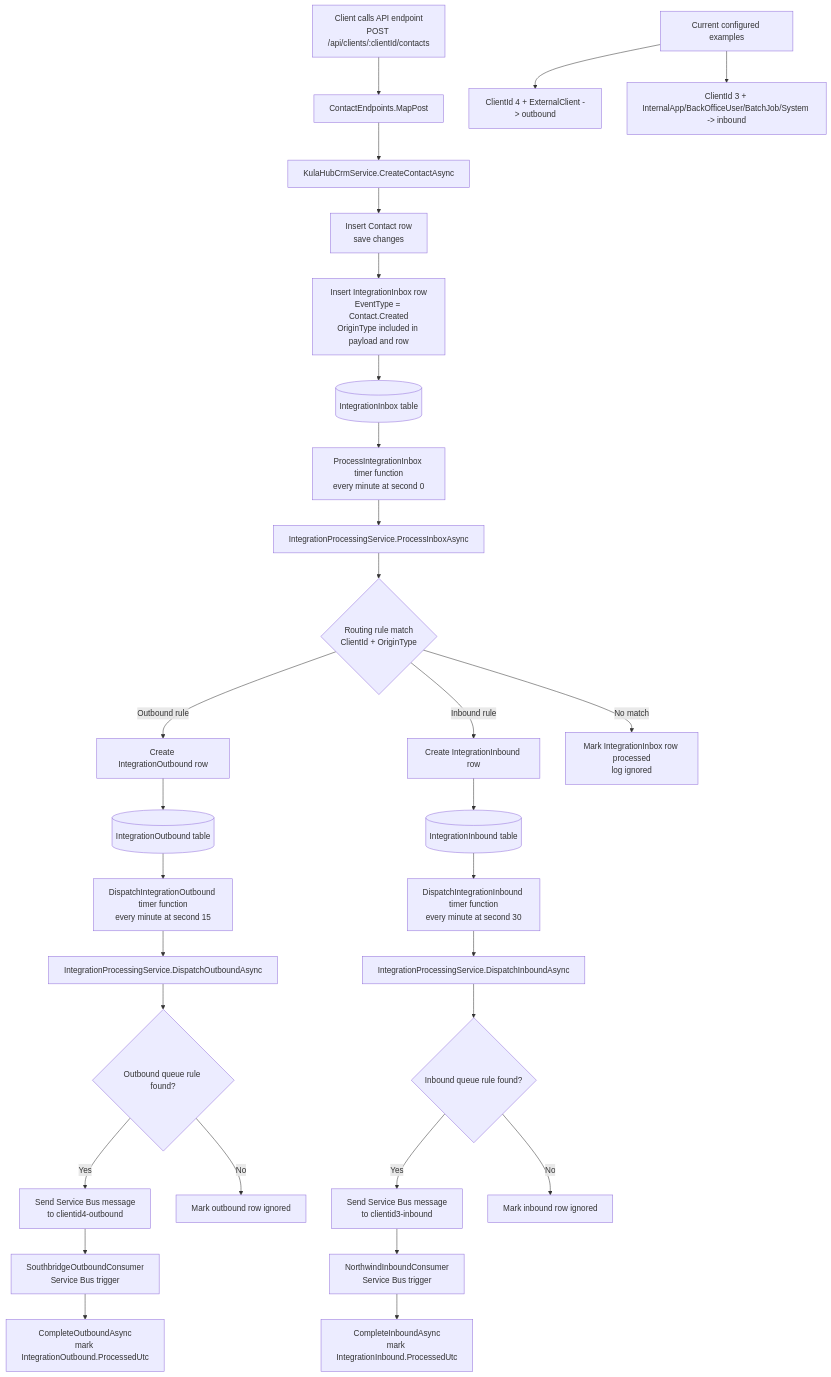
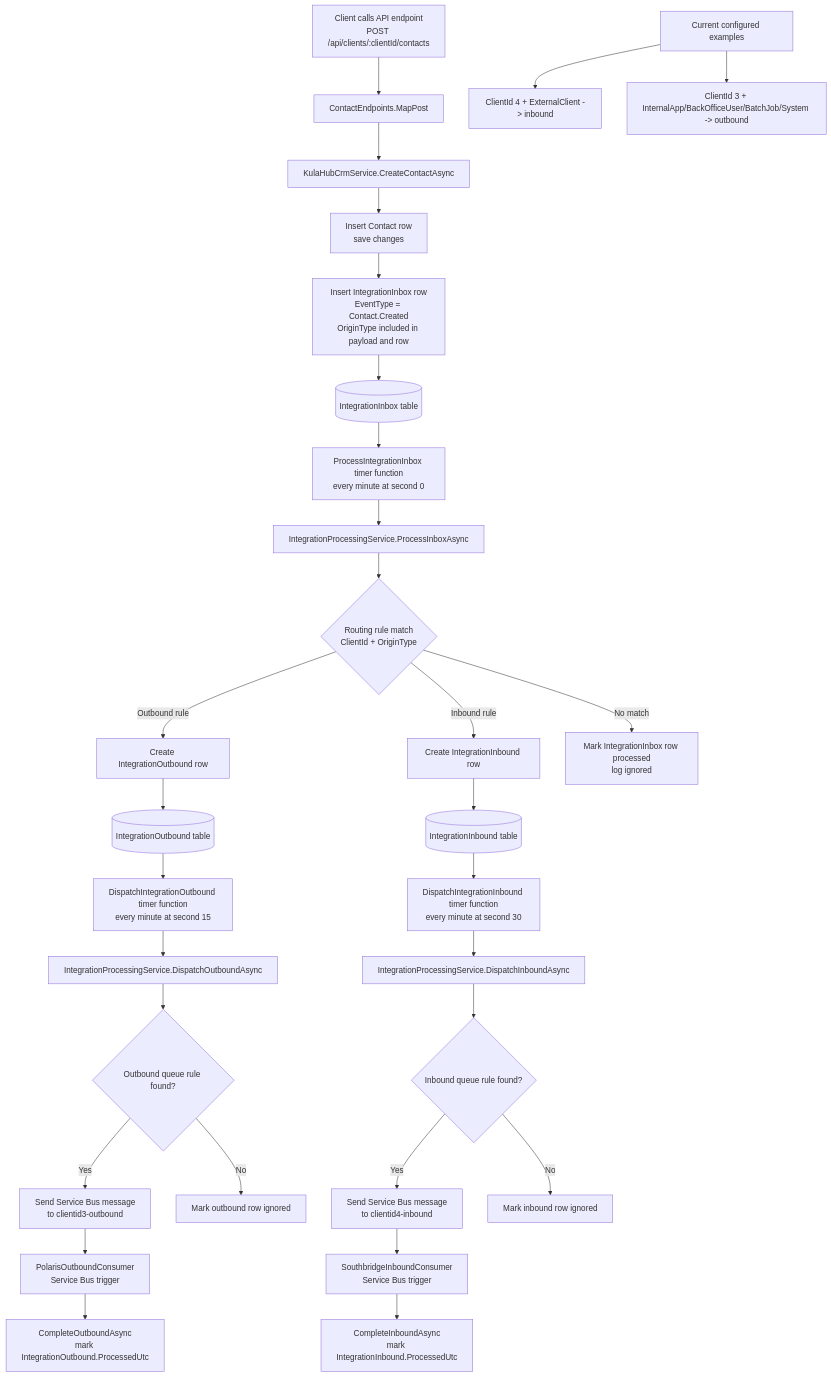
The first of 3 diagrams in MESSAGE_FLOW.md (timmetcalfe/KulaHubIssues), drawn with Mermaid before and after one commit. The commit also changed other lines of this file and 8 other files, not shown here.

Commit message:
feat: update client references from Northwind Advisory to Polaris Advisory; refactor related processing logic and consumer functions

````diff
--- a/MESSAGE_FLOW.md
+++ b/MESSAGE_FLOW.md
@@ -5,40 +5,40 @@
 ```mermaid
 flowchart TD
     A[Client calls API endpoint<br/>POST /api/clients/:clientId/contacts] --> B[ContactEndpoints.MapPost]
     B --> C[KulaHubCrmService.CreateContactAsync]
     C --> D[Insert Contact row<br/>save changes]
     D --> E[Insert IntegrationInbox row<br/>EventType = Contact.Created<br/>OriginType included in payload and row]
     E --> F[(IntegrationInbox table)]
 
     F --> G[ProcessIntegrationInbox timer function<br/>every minute at second 0]
     G --> H[IntegrationProcessingService.ProcessInboxAsync]
     H --> I{Routing rule match<br/>ClientId + OriginType}
 
     I -->|Outbound rule| J[Create IntegrationOutbound row]
     I -->|Inbound rule| K[Create IntegrationInbound row]
     I -->|No match| L[Mark IntegrationInbox row processed<br/>log ignored]
 
     J --> M[(IntegrationOutbound table)]
     K --> N[(IntegrationInbound table)]
 
     M --> O[DispatchIntegrationOutbound timer function<br/>every minute at second 15]
     O --> P[IntegrationProcessingService.DispatchOutboundAsync]
     P --> Q{Outbound queue rule found?}
-    Q -->|Yes| R[Send Service Bus message<br/>to clientid4-outbound]
+    Q -->|Yes| R[Send Service Bus message<br/>to clientid3-outbound]
     Q -->|No| S[Mark outbound row ignored]
 
     N --> T[DispatchIntegrationInbound timer function<br/>every minute at second 30]
     T --> U[IntegrationProcessingService.DispatchInboundAsync]
     U --> V{Inbound queue rule found?}
-    V -->|Yes| W[Send Service Bus message<br/>to clientid3-inbound]
+    V -->|Yes| W[Send Service Bus message<br/>to clientid4-inbound]
     V -->|No| X[Mark inbound row ignored]
 
-    R --> Y[SouthbridgeOutboundConsumer<br/>Service Bus trigger]
-    Y --> Z[CompleteOutboundAsync<br/>mark IntegrationOutbound.ProcessedUtc]
+    W --> Y[SouthbridgeInboundConsumer<br/>Service Bus trigger]
+    Y --> Z[CompleteInboundAsync<br/>mark IntegrationInbound.ProcessedUtc]
 
-    W --> AA[NorthwindInboundConsumer<br/>Service Bus trigger]
-    AA --> AB[CompleteInboundAsync<br/>mark IntegrationInbound.ProcessedUtc]
+    R --> AA[PolarisOutboundConsumer<br/>Service Bus trigger]
+    AA --> AB[CompleteOutboundAsync<br/>mark IntegrationOutbound.ProcessedUtc]
 
-    AC[Current configured examples] --> AD[ClientId 4 + ExternalClient -> outbound]
-    AC --> AE[ClientId 3 + InternalApp/BackOfficeUser/BatchJob/System -> inbound]
+    AC[Current configured examples] --> AD[ClientId 4 + ExternalClient -> inbound]
+    AC --> AE[ClientId 3 + InternalApp/BackOfficeUser/BatchJob/System -> outbound]
 ```
````
